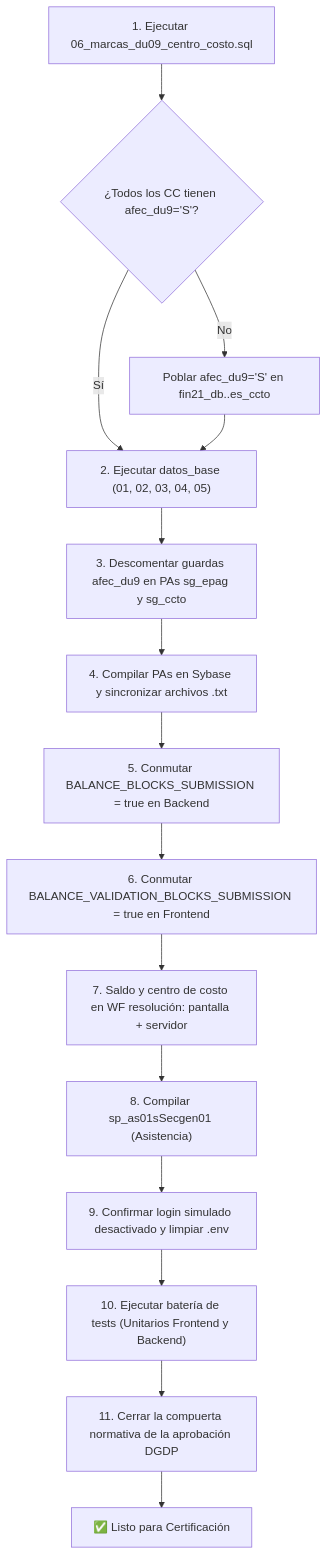
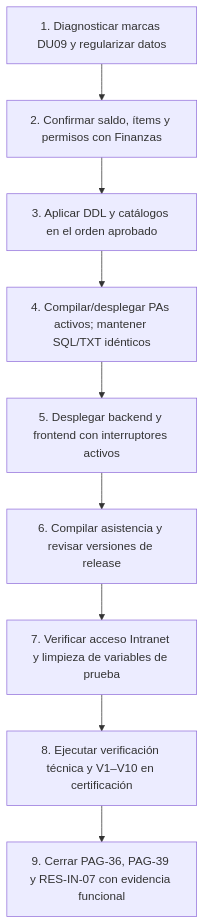
Before and after one commit to estebanlizama/template_wf_pagos: the diagram in checklist_validaciones_y_paso_a_certificacion.md, drawn with Mermaid. The commit also changed other lines of this file and 11 other files, not shown here.

````diff
--- a/checklist_validaciones_y_paso_a_certificacion.md
+++ b/checklist_validaciones_y_paso_a_certificacion.md
@@ -191,17 +213,11 @@
 ```mermaid
 flowchart TD
-    A["1. Ejecutar 06_marcas_du09_centro_costo.sql"] --> B{"¿Todos los CC tienen afec_du9='S'?"}
-    B -- No --> C["Poblar afec_du9='S' en fin21_db..es_ccto"]
-    B -- Sí --> D["2. Ejecutar datos_base (01, 02, 03, 04, 05)"]
-    C --> D
-    D --> E["3. Descomentar guardas afec_du9 en PAs sg_epag y sg_ccto"]
-    E --> F["4. Compilar PAs en Sybase y sincronizar archivos .txt"]
-    F --> G["5. Conmutar BALANCE_BLOCKS_SUBMISSION = true en Backend"]
-    G --> H["6. Conmutar BALANCE_VALIDATION_BLOCKS_SUBMISSION = true en Frontend"]
-    H --> R["7. Saldo y centro de costo en WF resolución: pantalla + servidor"]
-    R --> I["8. Compilar sp_as01sSecgen01 (Asistencia)"]
-    I --> J["9. Confirmar login simulado desactivado y limpiar .env"]
-    J --> K["10. Ejecutar batería de tests (Unitarios Frontend y Backend)"]
-    K --> M["11. Cerrar la compuerta normativa de la aprobación DGDP"]
-    M --> L["✅ Listo para Certificación"]
+    A["1. Diagnosticar marcas DU09 y regularizar datos"] --> B["2. Confirmar saldo, ítems y permisos con Finanzas"]
+    B --> C["3. Aplicar DDL y catálogos en el orden aprobado"]
+    C --> D["4. Compilar/desplegar PAs activos; mantener SQL/TXT idénticos"]
+    D --> E["5. Desplegar backend y frontend con interruptores activos"]
+    E --> F["6. Compilar asistencia y revisar versiones de release"]
+    F --> G["7. Verificar acceso Intranet y limpieza de variables de prueba"]
+    G --> H["8. Ejecutar verificación técnica y V1–V10 en certificación"]
+    H --> I["9. Cerrar PAG-36, PAG-39 y RES-IN-07 con evidencia funcional"]
 ```
````
